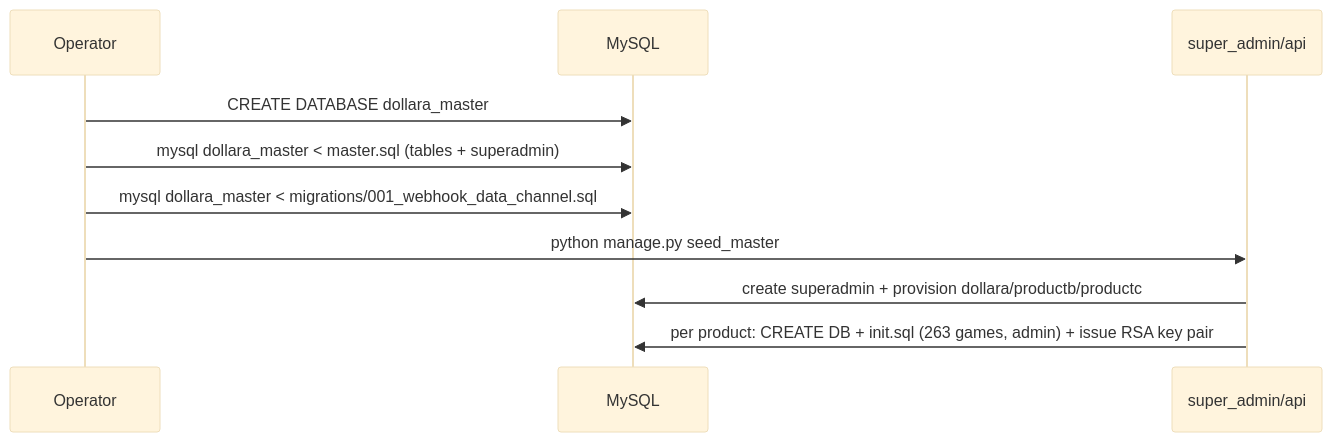
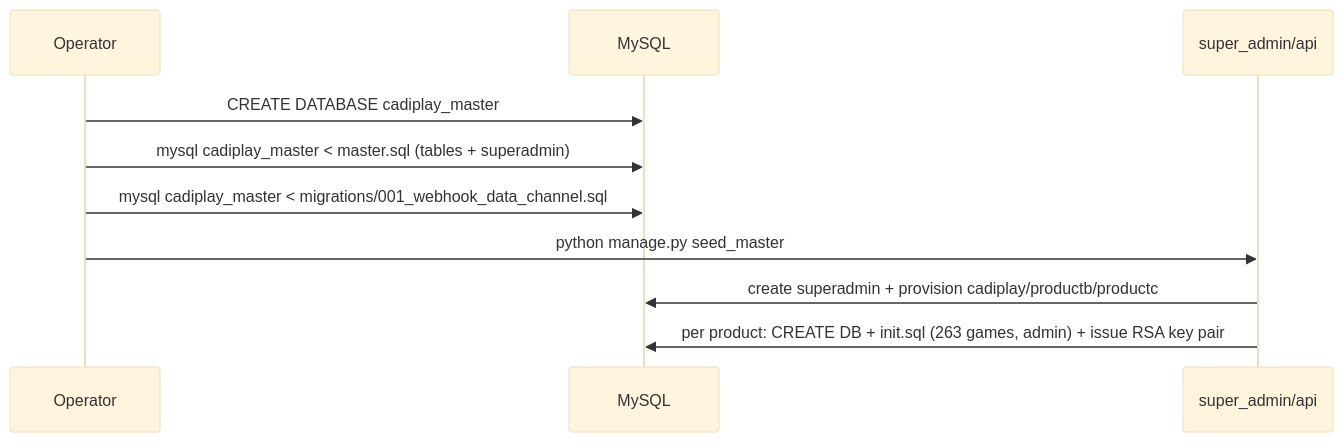
Diagram 16 of 18 in README.md (Aceplayswin/cadiplay), drawn with Mermaid (base theme) before and after one commit. The commit also changed other lines of this file and 509 other files, not shown here.

````diff
--- a/README.md
+++ b/README.md
@@ -1285,12 +1285,12 @@
 ```mermaid
 sequenceDiagram
   participant Op as Operator
   participant SQL as MySQL
   participant SA as super_admin/api
-  Op->>SQL: CREATE DATABASE dollara_master
-  Op->>SQL: mysql dollara_master < master.sql (tables + superadmin)
-  Op->>SQL: mysql dollara_master < migrations/001_webhook_data_channel.sql
+  Op->>SQL: CREATE DATABASE cadiplay_master
+  Op->>SQL: mysql cadiplay_master < master.sql (tables + superadmin)
+  Op->>SQL: mysql cadiplay_master < migrations/001_webhook_data_channel.sql
   Op->>SA: python manage.py seed_master
-  SA->>SQL: create superadmin + provision dollara/productb/productc
+  SA->>SQL: create superadmin + provision cadiplay/productb/productc
   SA->>SQL: per product: CREATE DB + init.sql (263 games, admin) + issue RSA key pair
 ```
````
